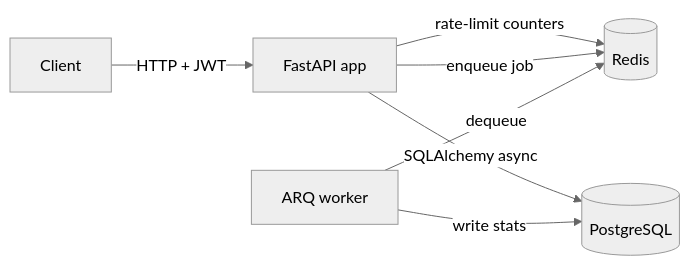
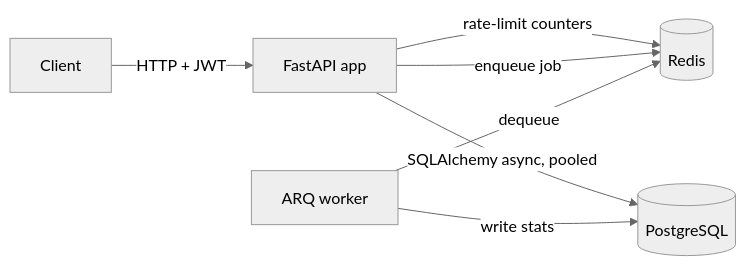
Before and after one commit to Revanth-Tatineni/knowledge-base-api: the diagram in README.md, drawn with Mermaid (neutral theme). The commit also changed other lines of this file and 61 other files, not shown here.

````diff
--- a/README.md
+++ b/README.md
@@ -18,9 +18,9 @@
 ```mermaid
 flowchart LR
     C[Client] -->|HTTP + JWT| API[FastAPI app]
     API -->|rate-limit counters| R[(Redis)]
     API -->|enqueue job| R
-    API -->|SQLAlchemy async| PG[(PostgreSQL)]
+    API -->|SQLAlchemy async, pooled| PG[(PostgreSQL)]
     W[ARQ worker] -->|dequeue| R
     W -->|write stats| PG
 ```
````
